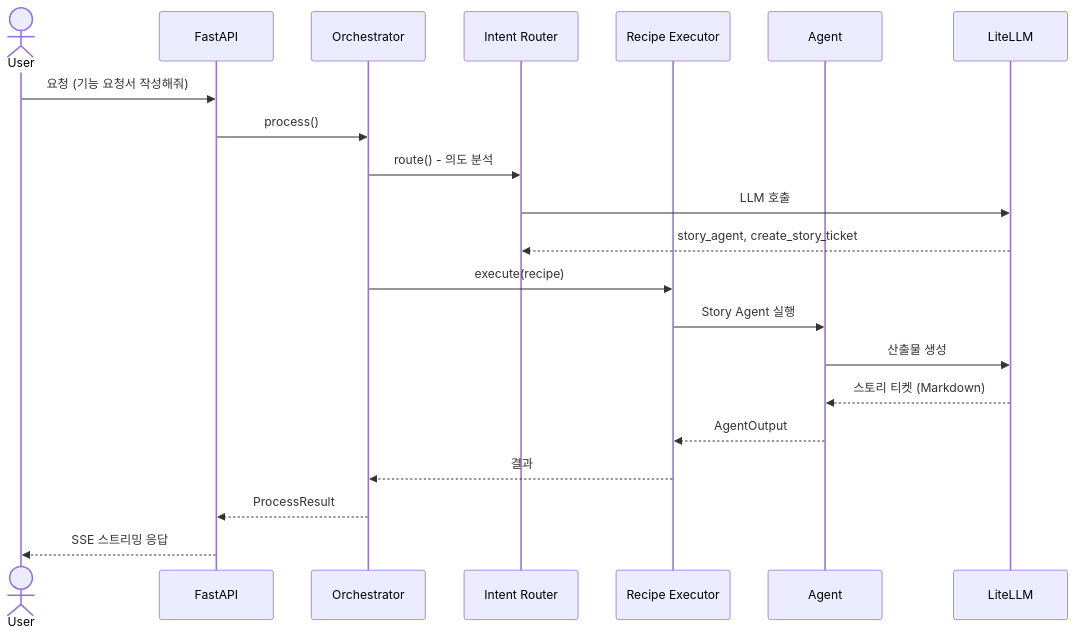
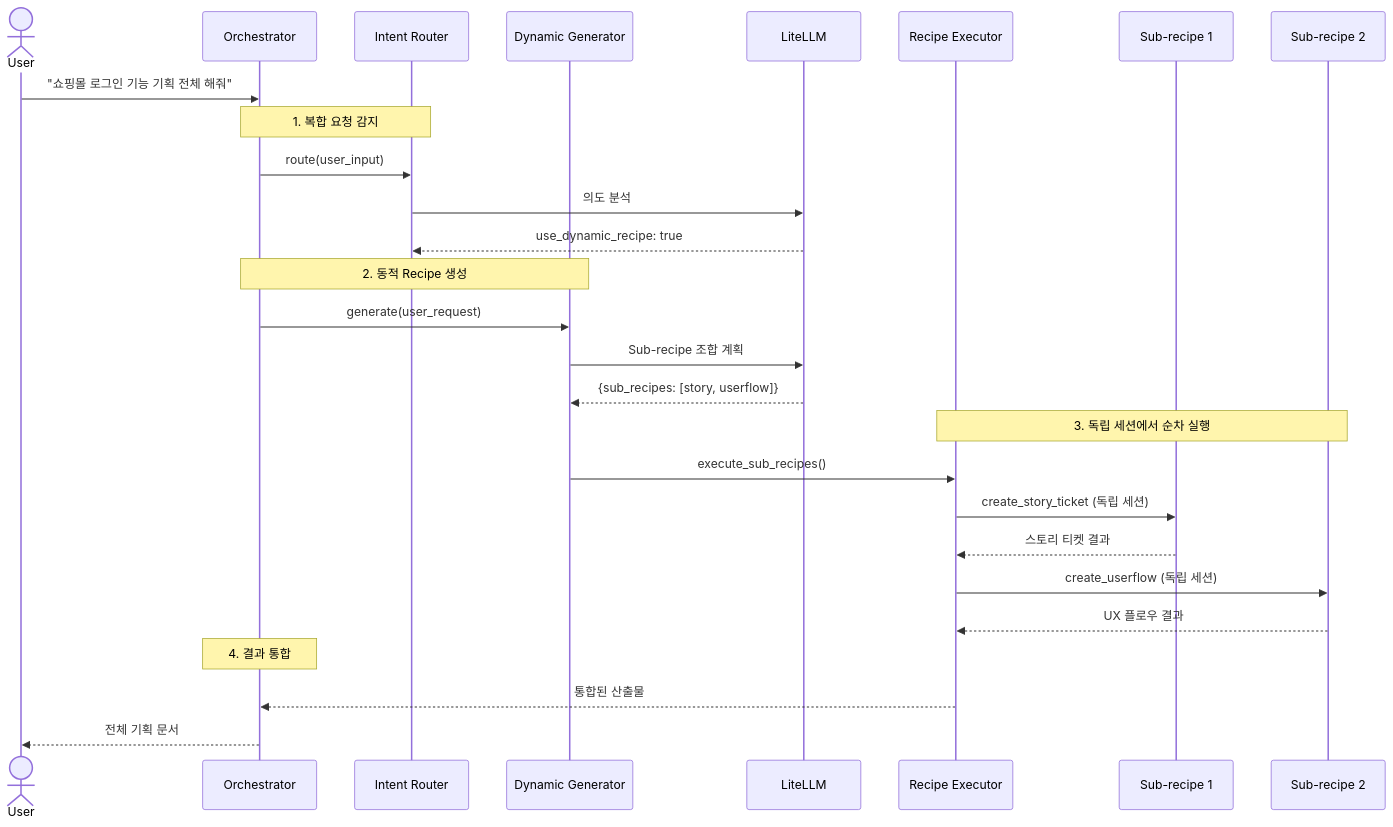
Before and after one commit to SJayKim/SJayKim: the fifth of 5 diagrams in README.md, drawn with Mermaid. The commit also changed other lines of this file, not shown here.

Commit message:
Rewrite MCP Host architecture and data flow diagrams with accurate code-based analysis

````diff
--- a/README.md
+++ b/README.md
@@ -395,24 +452,34 @@
 ```mermaid
 sequenceDiagram
-    actor U as User
-    participant A as FastAPI
-    participant O as Orchestrator
-    participant R as Intent Router
-    participant E as Recipe Executor
-    participant Ag as Agent
-    participant L as LiteLLM
+    actor User
+    participant Orch as Orchestrator
+    participant Router as Intent Router
+    participant DynGen as Dynamic Generator
+    participant LLM as LiteLLM
+    participant Exec as Recipe Executor
+    participant Sub1 as Sub-recipe 1
+    participant Sub2 as Sub-recipe 2
 
-    U->>A: 요청 (기능 요청서 작성해줘)
-    A->>O: process()
-    O->>R: route() - 의도 분석
-    R->>L: LLM 호출
-    L-->>R: story_agent, create_story_ticket
-    O->>E: execute(recipe)
-    E->>Ag: Story Agent 실행
-    Ag->>L: 산출물 생성
-    L-->>Ag: 스토리 티켓 (Markdown)
-    Ag-->>E: AgentOutput
-    E-->>O: 결과
-    O-->>A: ProcessResult
-    A-->>U: SSE 스트리밍 응답
+    User->>Orch: "쇼핑몰 로그인 기능 기획 전체 해줘"
+    
+    Note over Orch,Router: 1. 복합 요청 감지
+    Orch->>Router: route(user_input)
+    Router->>LLM: 의도 분석
+    LLM-->>Router: use_dynamic_recipe: true
+    
+    Note over Orch,DynGen: 2. 동적 Recipe 생성
+    Orch->>DynGen: generate(user_request)
+    DynGen->>LLM: Sub-recipe 조합 계획
+    LLM-->>DynGen: {sub_recipes: [story, userflow]}
+    
+    Note over Exec,Sub2: 3. 독립 세션에서 순차 실행
+    DynGen->>Exec: execute_sub_recipes()
+    Exec->>Sub1: create_story_ticket (독립 세션)
+    Sub1-->>Exec: 스토리 티켓 결과
+    Exec->>Sub2: create_userflow (독립 세션)
+    Sub2-->>Exec: UX 플로우 결과
+    
+    Note over Orch: 4. 결과 통합
+    Exec-->>Orch: 통합된 산출물
+    Orch-->>User: 전체 기획 문서
 ```
````
